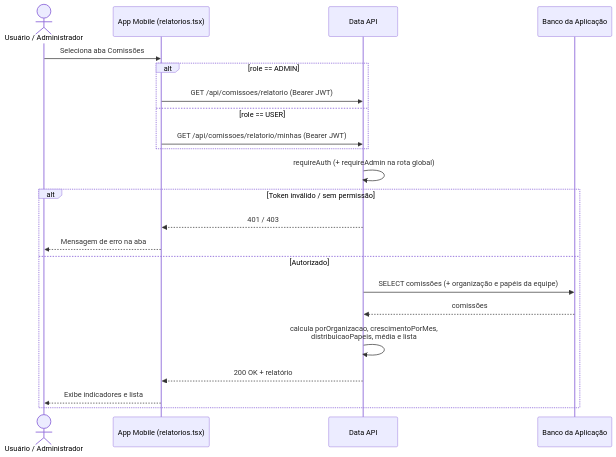
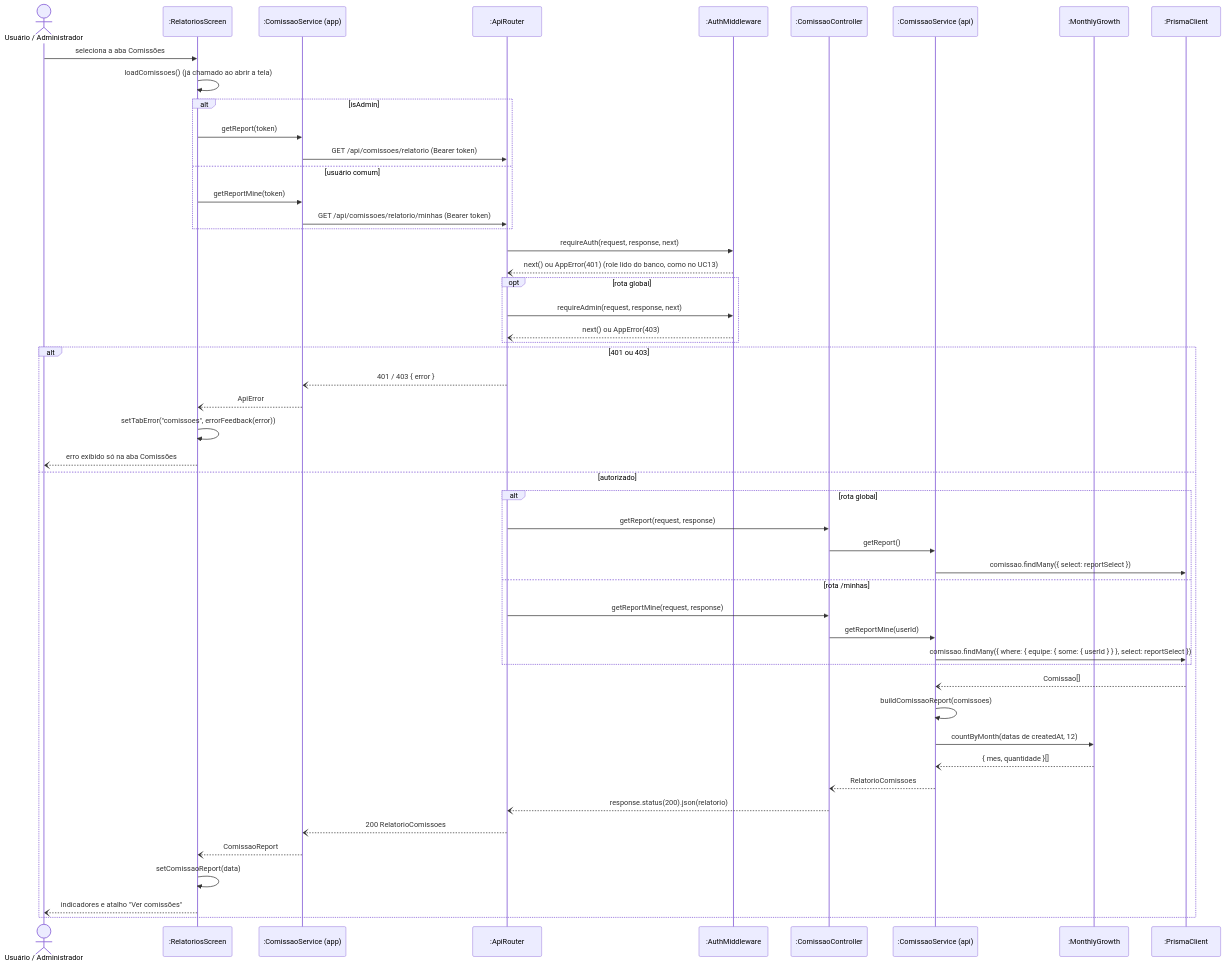
One commit to MiguelIFSP/BRTPDS2-PROJETO-E-DESENVOLVIMENTO-DE-SISTEMAS-2 changed diagram 14 of 17 in documentos/entrega2_Di1/requisitos_e_casos_de_uso.md. Above: the diagram before and after it, drawn with Mermaid. The commit also changed other lines of this file and 7 other files, not shown here.

````diff
--- a/documentos/entrega2_Di1/requisitos_e_casos_de_uso.md
+++ b/documentos/entrega2_Di1/requisitos_e_casos_de_uso.md
@@ -737,25 +945,54 @@
 ```mermaid
 sequenceDiagram
     actor U as Usuário / Administrador
-    participant App as App Mobile (relatorios.tsx)
-    participant Api as Data API
-    participant DB as Banco da Aplicação
+    participant Tela as :RelatoriosScreen
+    participant CA as :ComissaoService (app)
+    participant R as :ApiRouter
+    participant Au as :AuthMiddleware
+    participant C as :ComissaoController
+    participant S as :ComissaoService (api)
+    participant MG as :MonthlyGrowth
+    participant P as :PrismaClient
 
-    U->>App: Seleciona aba Comissões
-    alt role == ADMIN
-        App->>Api: GET /api/comissoes/relatorio (Bearer JWT)
-    else role == USER
-        App->>Api: GET /api/comissoes/relatorio/minhas (Bearer JWT)
+    U->>Tela: seleciona a aba Comissões
+    Tela->>Tela: loadComissoes() (já chamado ao abrir a tela)
+    alt isAdmin
+        Tela->>CA: getReport(token)
+        CA->>R: GET /api/comissoes/relatorio (Bearer token)
+    else usuário comum
+        Tela->>CA: getReportMine(token)
+        CA->>R: GET /api/comissoes/relatorio/minhas (Bearer token)
     end
-    Api->>Api: requireAuth (+ requireAdmin na rota global)
-    alt Token inválido / sem permissão
-        Api-->>App: 401 / 403
-        App-->>U: Mensagem de erro na aba
-    else Autorizado
-        Api->>DB: SELECT comissões (+ organização e papéis da equipe)
-        DB-->>Api: comissões
-        Api->>Api: calcula porOrganizacao, crescimentoPorMes,<br/>distribuicaoPapeis, média e lista
-        Api-->>App: 200 OK + relatório
-        App-->>U: Exibe indicadores e lista
+    R->>Au: requireAuth(request, response, next)
+    Au--)R: next() ou AppError(401) (role lido do banco, como no UC13)
+    opt rota global
+        R->>Au: requireAdmin(request, response, next)
+        Au--)R: next() ou AppError(403)
+    end
+    alt 401 ou 403
+        R--)CA: 401 / 403 { error }
+        CA--)Tela: ApiError
+        Tela->>Tela: setTabError("comissoes", errorFeedback(error))
+        Tela--)U: erro exibido só na aba Comissões
+    else autorizado
+        alt rota global
+            R->>C: getReport(request, response)
+            C->>S: getReport()
+            S->>P: comissao.findMany({ select: reportSelect })
+        else rota /minhas
+            R->>C: getReportMine(request, response)
+            C->>S: getReportMine(userId)
+            S->>P: comissao.findMany({ where: { equipe: { some: { userId } } }, select: reportSelect })
+        end
+        P--)S: Comissao[]
+        S->>S: buildComissaoReport(comissoes)
+        S->>MG: countByMonth(datas de createdAt, 12)
+        MG--)S: { mes, quantidade }[]
+        S--)C: RelatorioComissoes
+        C--)R: response.status(200).json(relatorio)
+        R--)CA: 200 RelatorioComissoes
+        CA--)Tela: ComissaoReport
+        Tela->>Tela: setComissaoReport(data)
+        Tela--)U: indicadores e atalho "Ver comissões"
     end
 ```
````
